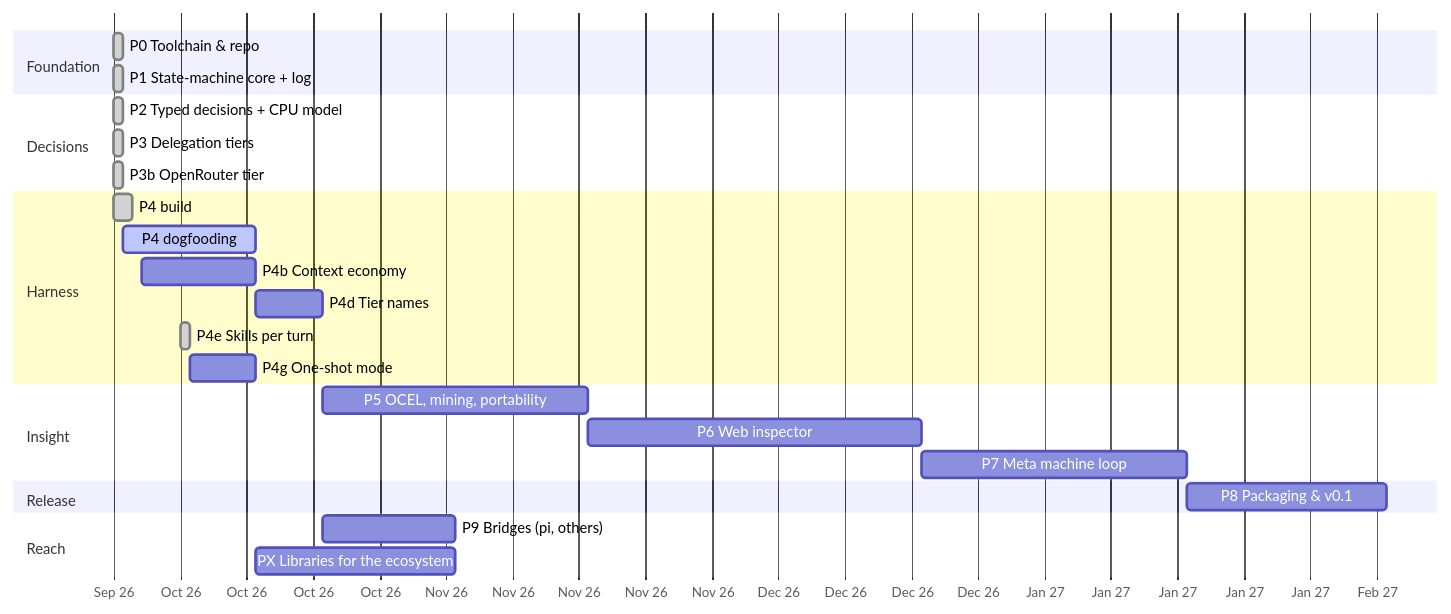
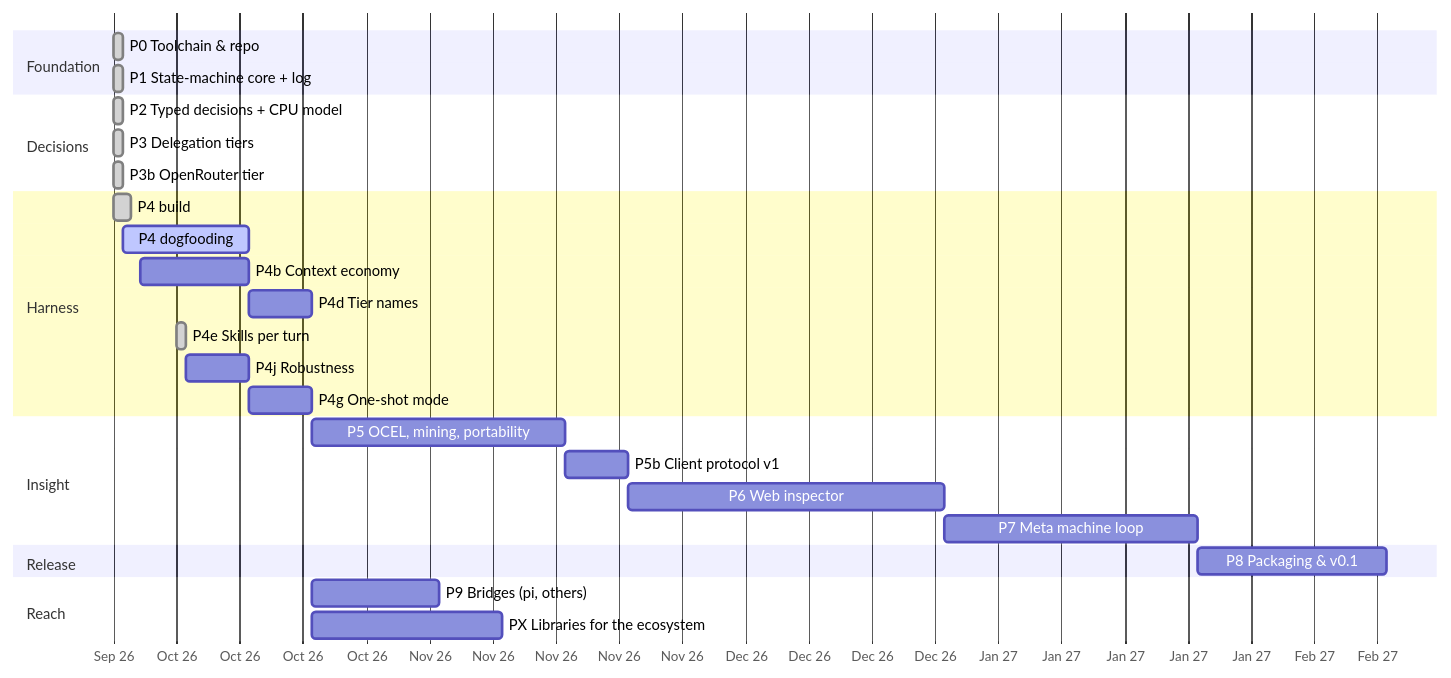
One commit to romeroabelleira/xeito changed the diagram in docs/implementation-plan.md. Above: the diagram before and after it, drawn with Mermaid. The commit also changed other lines of this file and 1 other file, not shown here.

````diff
--- a/docs/implementation-plan.md
+++ b/docs/implementation-plan.md
@@ -41,28 +43,30 @@
 ```mermaid
 gantt
   dateFormat YYYY-MM-DD
   axisFormat %b %y
   section Foundation
   P0 Toolchain & repo            :done, p0, 2026-09-27, 1d
   P1 State-machine core + log    :done, p1, 2026-09-27, 1d
   section Decisions
   P2 Typed decisions + CPU model :done, p2, 2026-09-27, 1d
   P3 Delegation tiers            :done, p3, 2026-09-27, 1d
   P3b OpenRouter tier            :done, p3b, 2026-09-27, 1d
   section Harness
   P4 build                       :done, p4b, 2026-09-27, 2d
   P4 dogfooding                  :active, p4d, 2026-09-28, 2w
   P4b Context economy            :p4b, 2026-09-30, 12d
   P4d Tier names                 :p4d, 2026-10-12, 1w
   P4e Skills per turn            :done, p4e, 2026-10-04, 1d
-  P4g One-shot mode              :p4g, after p4e, 1w
+  P4j Robustness                 :p4j, after p4e, 1w
+  P4g One-shot mode              :p4g, after p4j, 1w
   section Insight
   P5 OCEL, mining, portability   :p5, after p4d, 4w
-  P6 Web inspector               :p6, after p5, 5w
+  P5b Client protocol v1         :p5b, after p5, 1w
+  P6 Web inspector               :p6, after p5b, 5w
   P7 Meta machine loop           :p7, after p6, 4w
   section Release
   P8 Packaging & v0.1            :p8, after p7, 3w
   section Reach
   P9 Bridges (pi, others)        :p9, after p4d, 2w
   PX Libraries for the ecosystem :px, after p4g, 3w
 ```
````
